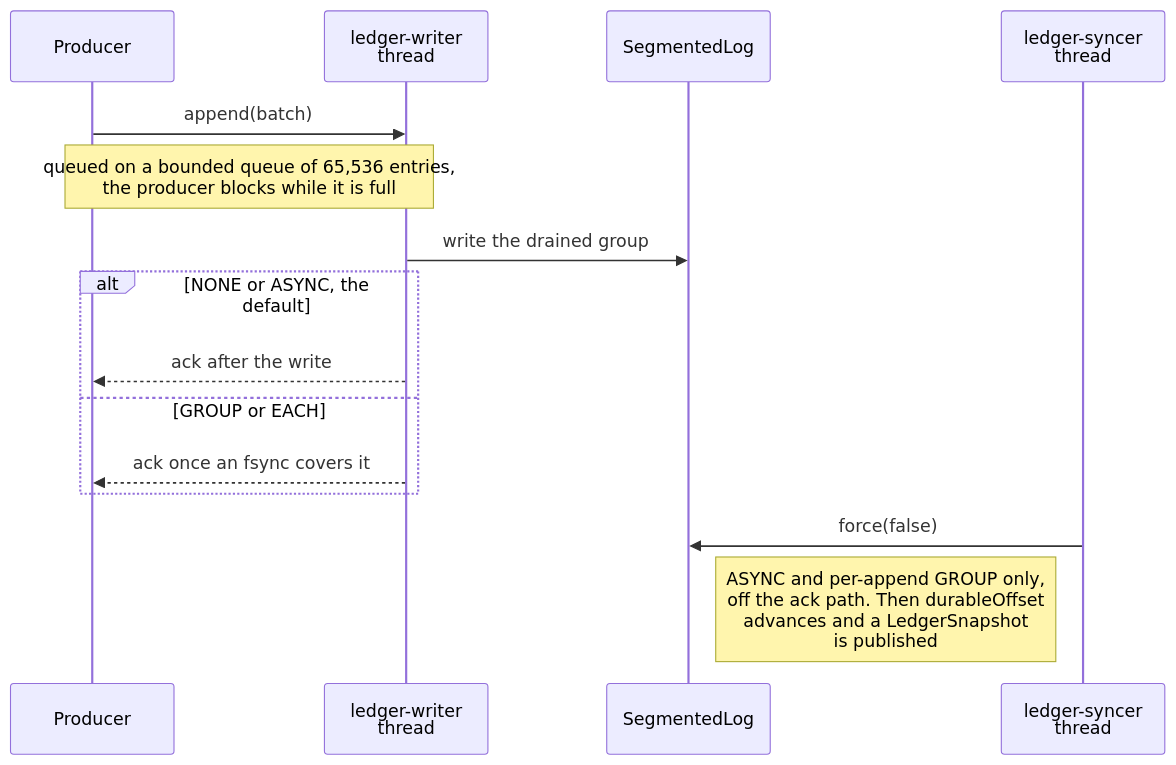
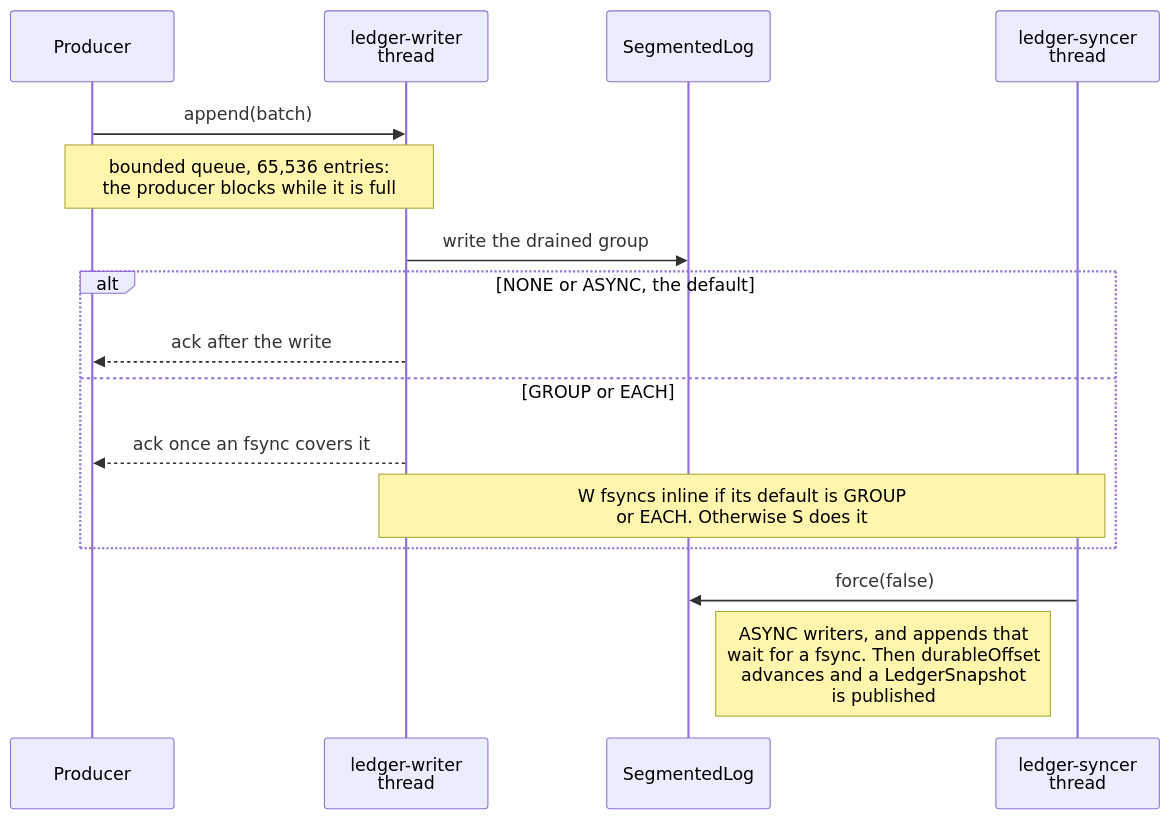
Before and after one commit to BlivionIaG/sjws_nettask: the second of 3 diagrams in docs/messaging/design.md, drawn with Mermaid. The commit also changed other lines of this file and 14 other files, not shown here.

````diff
--- a/docs/messaging/design.md
+++ b/docs/messaging/design.md
@@ -86,18 +87,19 @@
 ```mermaid
 sequenceDiagram
     participant P as Producer
     participant W as ledger-writer<br/>thread
     participant L as SegmentedLog
     participant S as ledger-syncer<br/>thread
 
     P->>W: append(batch)
-    Note over P,W: queued on a bounded queue of 65,536 entries,<br/>the producer blocks while it is full
+    Note over P,W: bounded queue, 65,536 entries:<br/>the producer blocks while it is full
     W->>L: write the drained group
     alt NONE or ASYNC, the default
         W-->>P: ack after the write
     else GROUP or EACH
         W-->>P: ack once an fsync covers it
+        Note over W,S: W fsyncs inline if its default is GROUP<br/>or EACH. Otherwise S does it
     end
     S->>L: force(false)
-    Note left of S: ASYNC and per-append GROUP only,<br/>off the ack path. Then durableOffset<br/>advances and a LedgerSnapshot<br/>is published
+    Note left of S: ASYNC writers, and appends that<br/>wait for a fsync. Then durableOffset<br/>advances and a LedgerSnapshot<br/>is published
 ```
````
